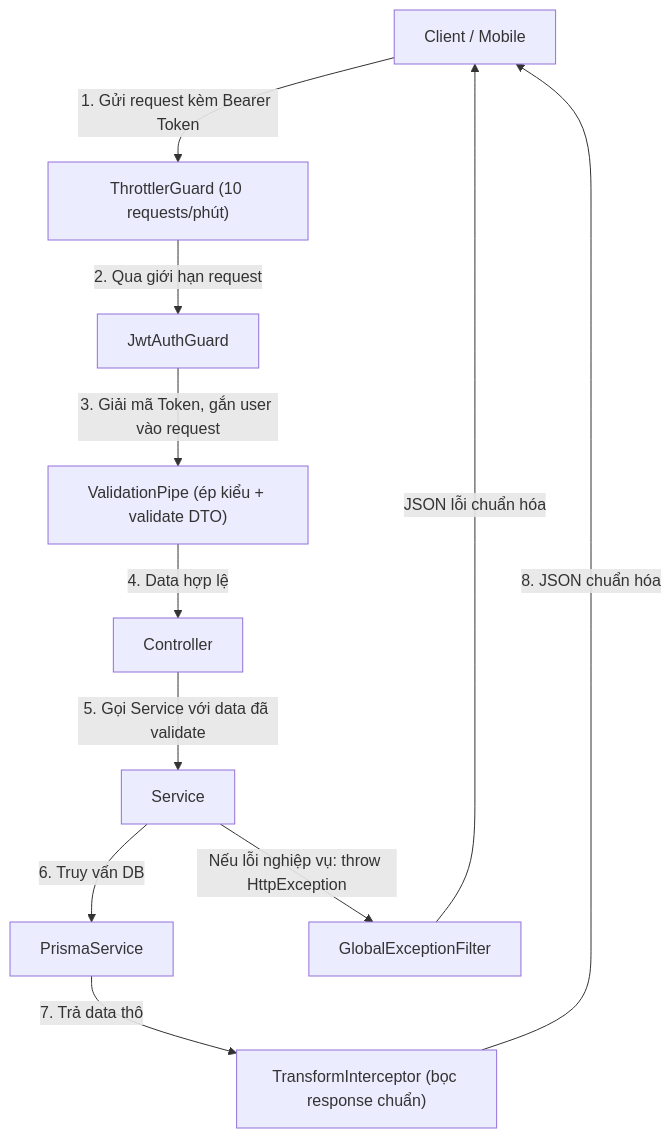
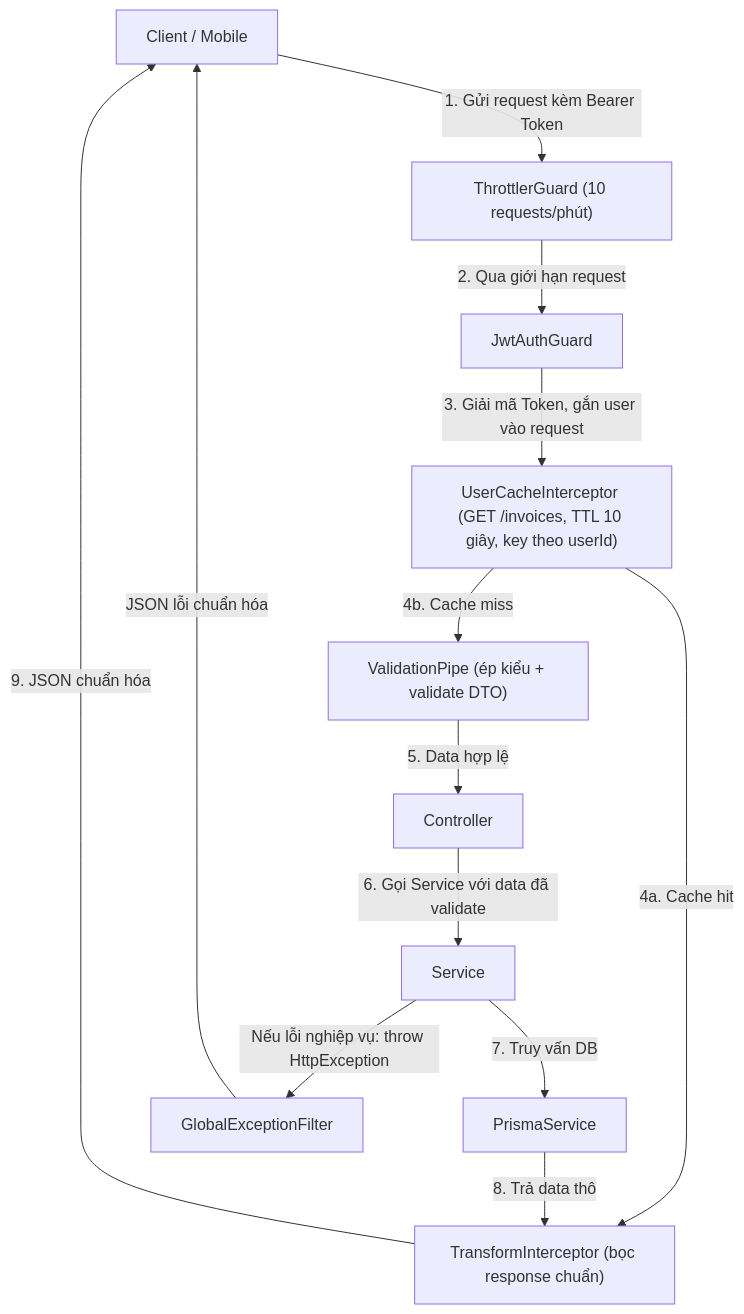
One commit to nguyenvudung030121/base-nestJS changed the second of 2 diagrams in document/DEVELOPER_GUIDE.md. Above: the diagram before and after it, drawn with Mermaid. The commit also changed other lines of this file and 10 other files, not shown here.

````diff
--- a/document/DEVELOPER_GUIDE.md
+++ b/document/DEVELOPER_GUIDE.md
@@ -176,14 +187,16 @@
 ```mermaid
 graph TD
     Client["Client / Mobile"] -->|"1. Gửi request kèm Bearer Token"| Throttle["ThrottlerGuard (10 requests/phút)"]
     Throttle -->|"2. Qua giới hạn request"| Guard["JwtAuthGuard"]
-    Guard -->|"3. Giải mã Token, gắn user vào request"| Pipe["ValidationPipe (ép kiểu + validate DTO)"]
-    Pipe -->|"4. Data hợp lệ"| Controller["Controller"]
-    Controller -->|"5. Gọi Service với data đã validate"| Service["Service"]
-    Service -->|"6. Truy vấn DB"| Prisma["PrismaService"]
-    Prisma -->|"7. Trả data thô"| Interceptor["TransformInterceptor (bọc response chuẩn)"]
-    Interceptor -->|"8. JSON chuẩn hóa"| Client
+    Guard -->|"3. Giải mã Token, gắn user vào request"| Cache["UserCacheInterceptor (GET /invoices, TTL 10 giây, key theo userId)"]
+    Cache -->|"4a. Cache hit"| Interceptor["TransformInterceptor (bọc response chuẩn)"]
+    Cache -->|"4b. Cache miss"| Pipe["ValidationPipe (ép kiểu + validate DTO)"]
+    Pipe -->|"5. Data hợp lệ"| Controller["Controller"]
+    Controller -->|"6. Gọi Service với data đã validate"| Service["Service"]
+    Service -->|"7. Truy vấn DB"| Prisma["PrismaService"]
+    Prisma -->|"8. Trả data thô"| Interceptor
+    Interceptor -->|"9. JSON chuẩn hóa"| Client
 
     Service -->|"Nếu lỗi nghiệp vụ: throw HttpException"| Filter["GlobalExceptionFilter"]
     Filter -->|"JSON lỗi chuẩn hóa"| Client
 ```
````
